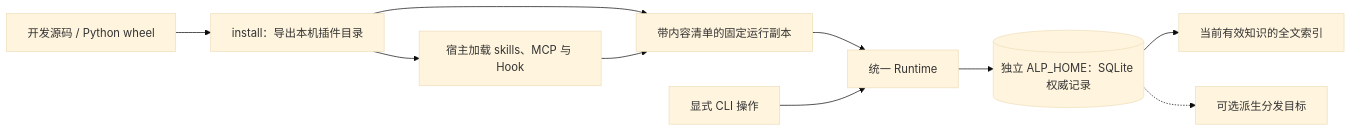
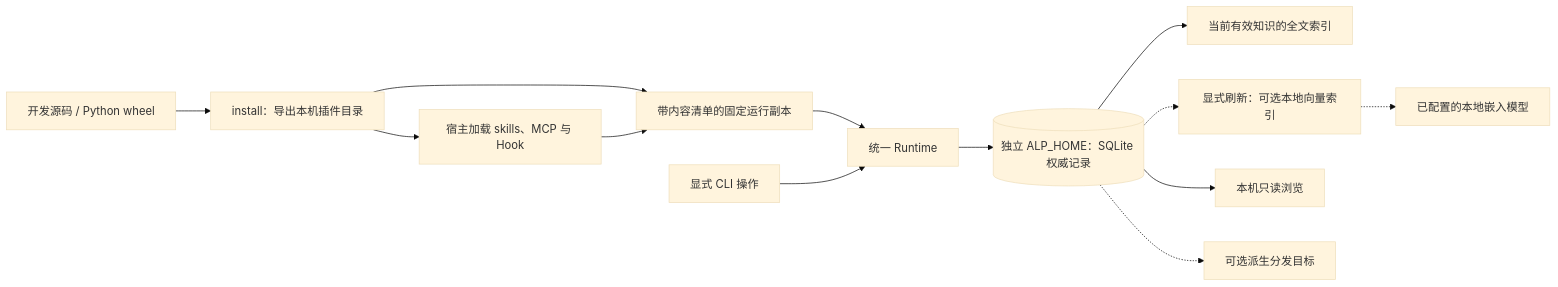
One commit to swenbo1-web/agents-learning changed the second of 2 diagrams in README.md. Above: the diagram before and after it, drawn with Mermaid (base theme). The commit also changed other lines of this file and 24 other files, not shown here.

````diff
--- a/README.md
+++ b/README.md
@@ -89,12 +114,15 @@
 ```mermaid
 flowchart LR
     Source["开发源码 / Python wheel"] --> Export["install：导出本机插件目录"]
     Export --> Host["宿主加载 skills、MCP 与 Hook"]
     Export --> Fixed["带内容清单的固定运行副本"]
     Host --> Fixed
     Fixed --> Runtime["统一 Runtime"]
     CLI["显式 CLI 操作"] --> Runtime
     Runtime --> DB[("独立 ALP_HOME：SQLite 权威记录")]
     DB --> FTS["当前有效知识的全文索引"]
+    DB -.-> Vectors["显式刷新：可选本地向量索引"]
+    Vectors -.-> Embedding["已配置的本地嵌入模型"]
+    DB --> Browser["本机只读浏览"]
     DB -.-> Remote["可选派生分发目标"]
 ```
````
